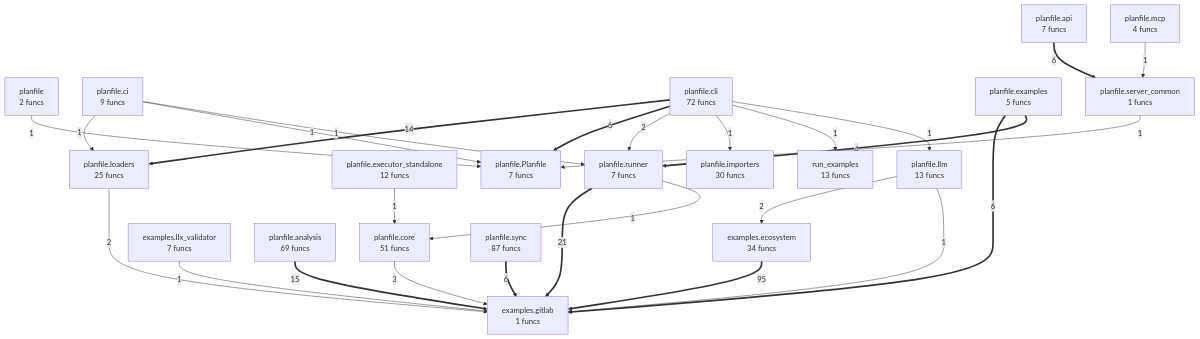
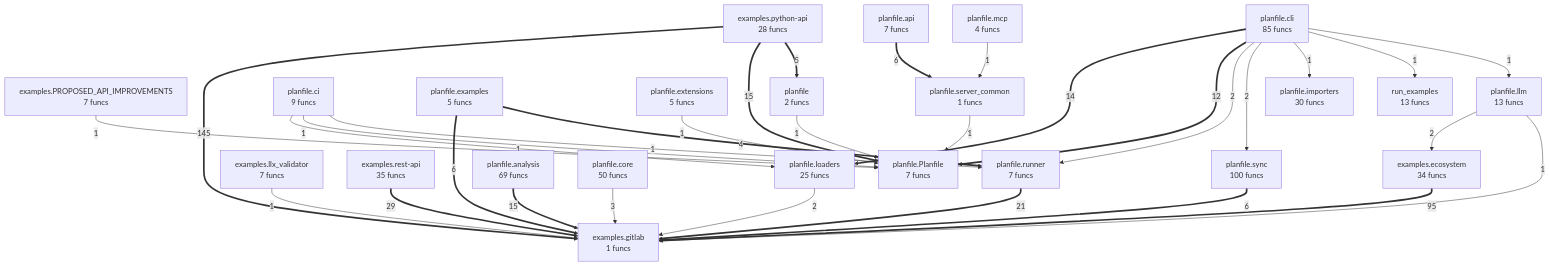
One commit to semcod/planfile changed the diagram in project/compact_flow.mmd. Above: the diagram before and after it, drawn with Mermaid. The commit also changed 76 other files, not shown here.

```diff
--- a/project/compact_flow.mmd
+++ b/project/compact_flow.mmd
@@ -1,47 +1,55 @@
 flowchart TD
+    examples__PROPOSED_API_IMPROVEMENTS["examples.PROPOSED_API_IMPROVEMENTS<br/>7 funcs"]
     examples__ecosystem["examples.ecosystem<br/>34 funcs"]
     examples__gitlab["examples.gitlab<br/>1 funcs"]
     examples__llx_validator["examples.llx_validator<br/>7 funcs"]
+    examples__python_api["examples.python-api<br/>28 funcs"]
+    examples__rest_api["examples.rest-api<br/>35 funcs"]
     planfile["planfile<br/>2 funcs"]
     planfile__Planfile["planfile.Planfile<br/>7 funcs"]
     planfile__analysis["planfile.analysis<br/>69 funcs"]
     planfile__api["planfile.api<br/>7 funcs"]
     planfile__ci["planfile.ci<br/>9 funcs"]
-    planfile__cli["planfile.cli<br/>72 funcs"]
-    planfile__core["planfile.core<br/>51 funcs"]
+    planfile__cli["planfile.cli<br/>85 funcs"]
+    planfile__core["planfile.core<br/>50 funcs"]
     planfile__examples["planfile.examples<br/>5 funcs"]
-    planfile__executor_standalone["planfile.executor_standalone<br/>12 funcs"]
+    planfile__extensions["planfile.extensions<br/>5 funcs"]
     planfile__importers["planfile.importers<br/>30 funcs"]
     planfile__llm["planfile.llm<br/>13 funcs"]
     planfile__loaders["planfile.loaders<br/>25 funcs"]
     planfile__mcp["planfile.mcp<br/>4 funcs"]
     planfile__runner["planfile.runner<br/>7 funcs"]
     planfile__server_common["planfile.server_common<br/>1 funcs"]
-    planfile__sync["planfile.sync<br/>87 funcs"]
+    planfile__sync["planfile.sync<br/>100 funcs"]
     run_examples["run_examples<br/>13 funcs"]
+    examples__python_api ==>|145| examples__gitlab
     examples__ecosystem ==>|95| examples__gitlab
+    examples__rest_api ==>|29| examples__gitlab
     planfile__runner ==>|21| examples__gitlab
+    examples__python_api ==>|15| planfile__Planfile
     planfile__analysis ==>|15| examples__gitlab
     planfile__cli ==>|14| planfile__loaders
+    planfile__cli ==>|12| planfile__Planfile
     planfile__examples ==>|6| examples__gitlab
     planfile__sync ==>|6| examples__gitlab
-    planfile__cli ==>|6| planfile__Planfile
     planfile__api ==>|6| planfile__server_common
+    examples__python_api ==>|5| planfile
     planfile__examples ==>|4| planfile__runner
     planfile__core -->|3| examples__gitlab
     planfile__loaders -->|2| examples__gitlab
     planfile__cli -->|2| planfile__runner
+    planfile__cli -->|2| planfile__sync
     planfile__llm -->|2| examples__ecosystem
     examples__llx_validator -->|1| examples__gitlab
+    examples__PROPOSED_API_IMPROVEMENTS -->|1| planfile__Planfile
     planfile__server_common -->|1| planfile__Planfile
     planfile -->|1| planfile__Planfile
-    planfile__runner -->|1| planfile__core
-    planfile__executor_standalone -->|1| planfile__core
     planfile__ci -->|1| planfile__loaders
     planfile__ci -->|1| planfile__Planfile
     planfile__ci -->|1| planfile__runner
     planfile__cli -->|1| planfile__importers
     planfile__cli -->|1| run_examples
+    planfile__llm -->|1| examples__gitlab
+    planfile__extensions -->|1| planfile__Planfile
     planfile__cli -->|1| planfile__llm
-    planfile__llm -->|1| examples__gitlab
     planfile__mcp -->|1| planfile__server_common
```
